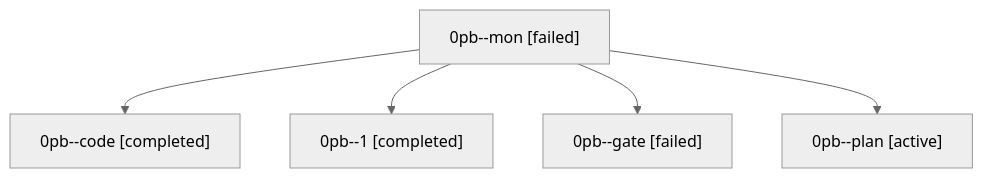
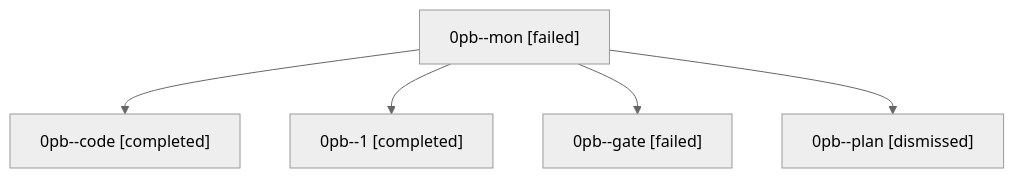
One commit to sase-org/sase--agents changed the diagram in sessions/bbugyi200.athena.0pb.md. Above: the diagram before and after it, drawn with Mermaid (neutral theme). The commit also changed other lines of this file and 22 other files, not shown here.

````diff
--- a/sessions/bbugyi200.athena.0pb.md
+++ b/sessions/bbugyi200.athena.0pb.md
@@ -9,12 +9,12 @@
 ```mermaid
 flowchart TD
   n0["0pb--mon [failed]"]
   n1["0pb--code [completed]"]
   n0 --> n1
   n2["0pb--1 [completed]"]
   n0 --> n2
   n3["0pb--gate [failed]"]
   n0 --> n3
-  n4["0pb--plan [active]"]
+  n4["0pb--plan [dismissed]"]
   n0 --> n4
 ```
````
